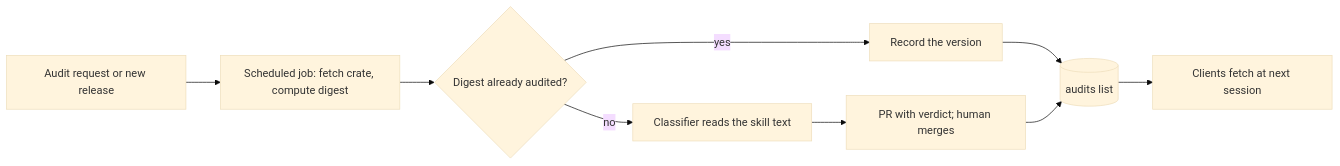
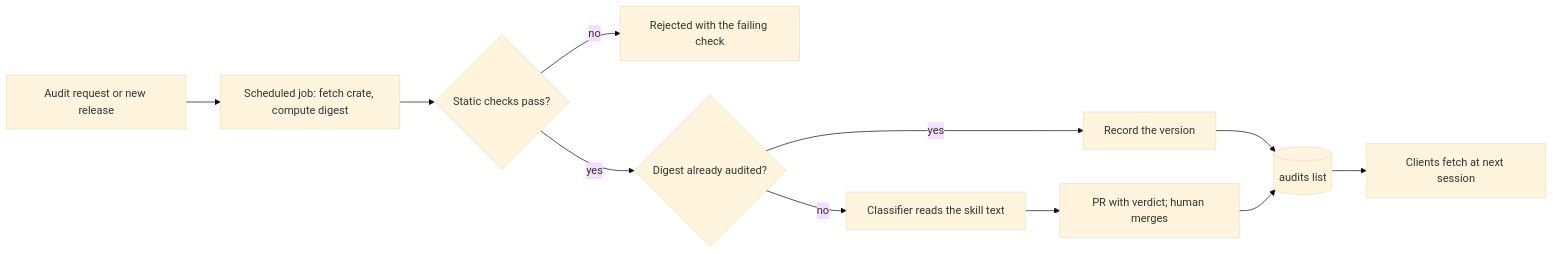
Before and after one commit to emiperez95/symposium: the second of 2 diagrams in md/rfds/automated-plugin-audits/README.md, drawn with Mermaid (base theme). The commit also changed other lines of this file, not shown here.

Commit message:
rfd: run static checks before the audit lookup

````diff
--- a/md/rfds/automated-plugin-audits/README.md
+++ b/md/rfds/automated-plugin-audits/README.md
@@ -69,11 +69,13 @@
 ```mermaid
 flowchart LR
     R[Audit request or new release] --> S[Scheduled job: fetch crate, compute digest]
-    S --> K{Digest already audited?}
+    S --> T{Static checks pass?}
+    T -- no --> X[Rejected with the failing check]
+    T -- yes --> K{Digest already audited?}
     K -- yes --> V[Record the version]
     K -- no --> C[Classifier reads the skill text]
     C --> H[PR with verdict; human merges]
     V --> L[(audits list)]
     H --> L
     L --> U[Clients fetch at next session]
 ```
````
